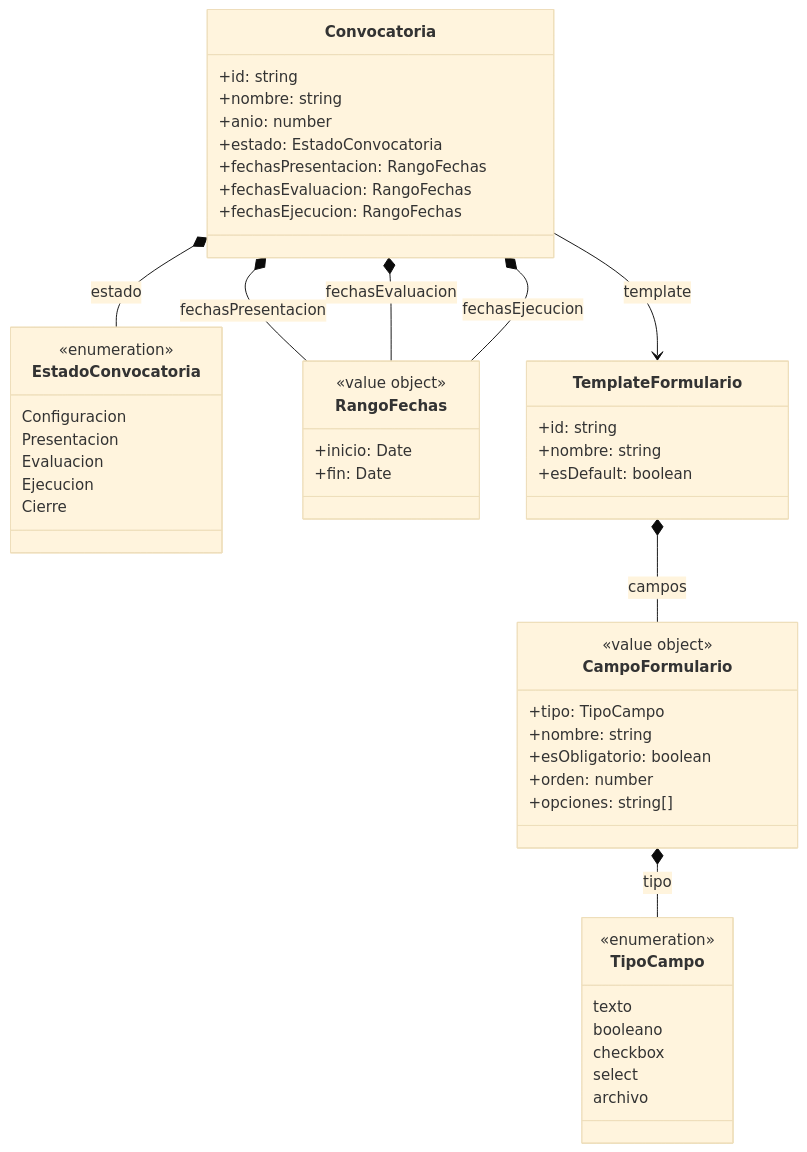
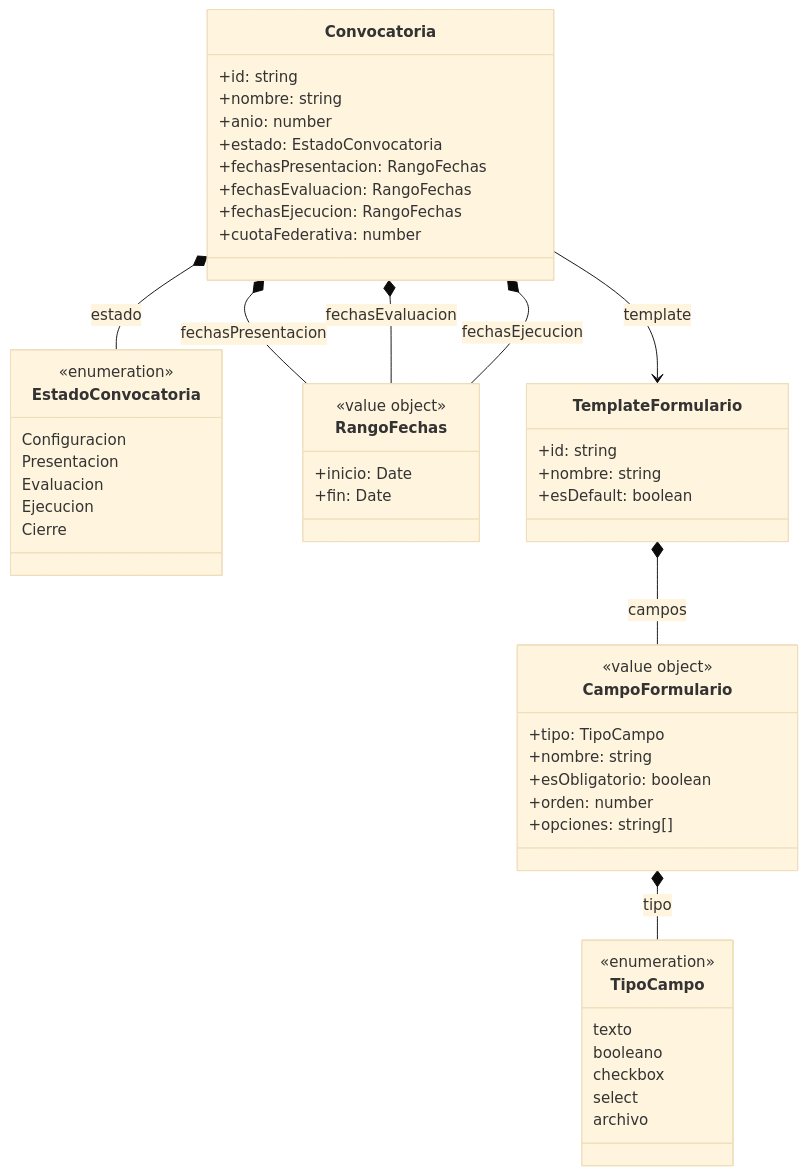
Before and after one commit to TPP-UBANEX/UBANEX: the first of 9 diagrams in docs/dominio/modelo.md, drawn with Mermaid (base theme). The commit also changed other lines of this file, not shown here.

````diff
--- a/docs/dominio/modelo.md
+++ b/docs/dominio/modelo.md
@@ -5,59 +5,60 @@
 ```mermaid
 classDiagram
     class Convocatoria {
         +id: string
         +nombre: string
         +anio: number
         +estado: EstadoConvocatoria
         +fechasPresentacion: RangoFechas
         +fechasEvaluacion: RangoFechas
         +fechasEjecucion: RangoFechas
+        +cuotaFederativa: number
     }
 
     class EstadoConvocatoria {
         <<enumeration>>
         Configuracion
         Presentacion
         Evaluacion
         Ejecucion
         Cierre
     }
 
     class RangoFechas {
         <<value object>>
         +inicio: Date
         +fin: Date
     }
 
     class TemplateFormulario {
         +id: string
         +nombre: string
         +esDefault: boolean
     }
 
     class CampoFormulario {
         <<value object>>
         +tipo: TipoCampo
         +nombre: string
         +esObligatorio: boolean
         +orden: number
         +opciones: string[]
     }
 
     class TipoCampo {
         <<enumeration>>
         texto
         booleano
         checkbox
         select
         archivo
     }
 
     Convocatoria *-- EstadoConvocatoria : estado
     Convocatoria *-- RangoFechas : fechasPresentacion
     Convocatoria *-- RangoFechas : fechasEvaluacion
     Convocatoria *-- RangoFechas : fechasEjecucion
     Convocatoria --> TemplateFormulario : template
     TemplateFormulario *-- CampoFormulario : campos
     CampoFormulario *-- TipoCampo : tipo
 ```
````
